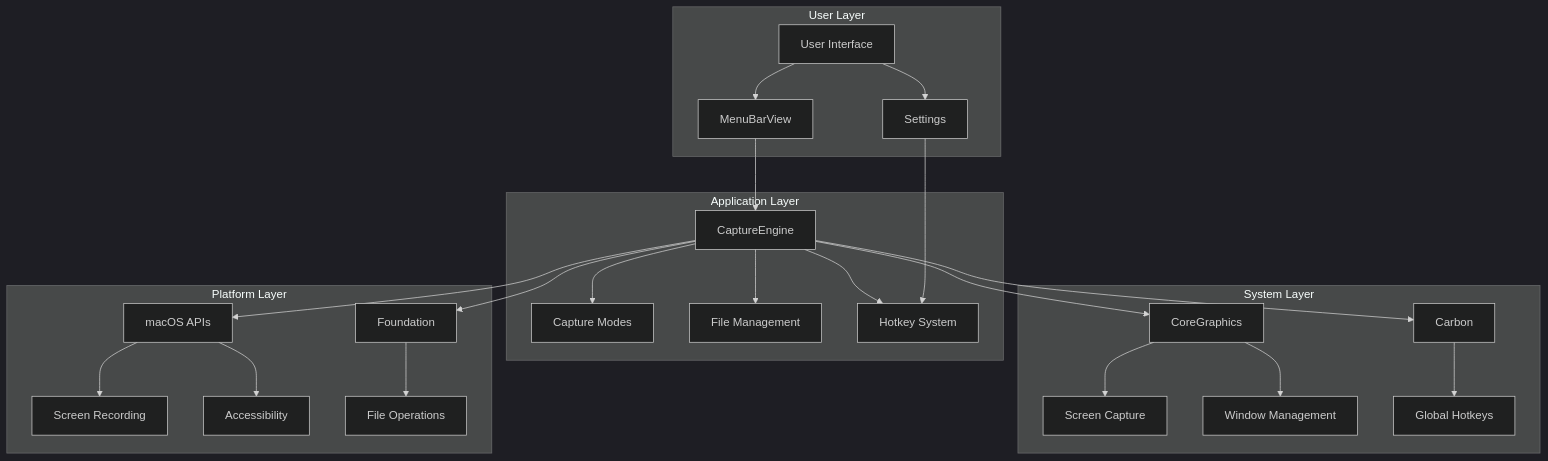
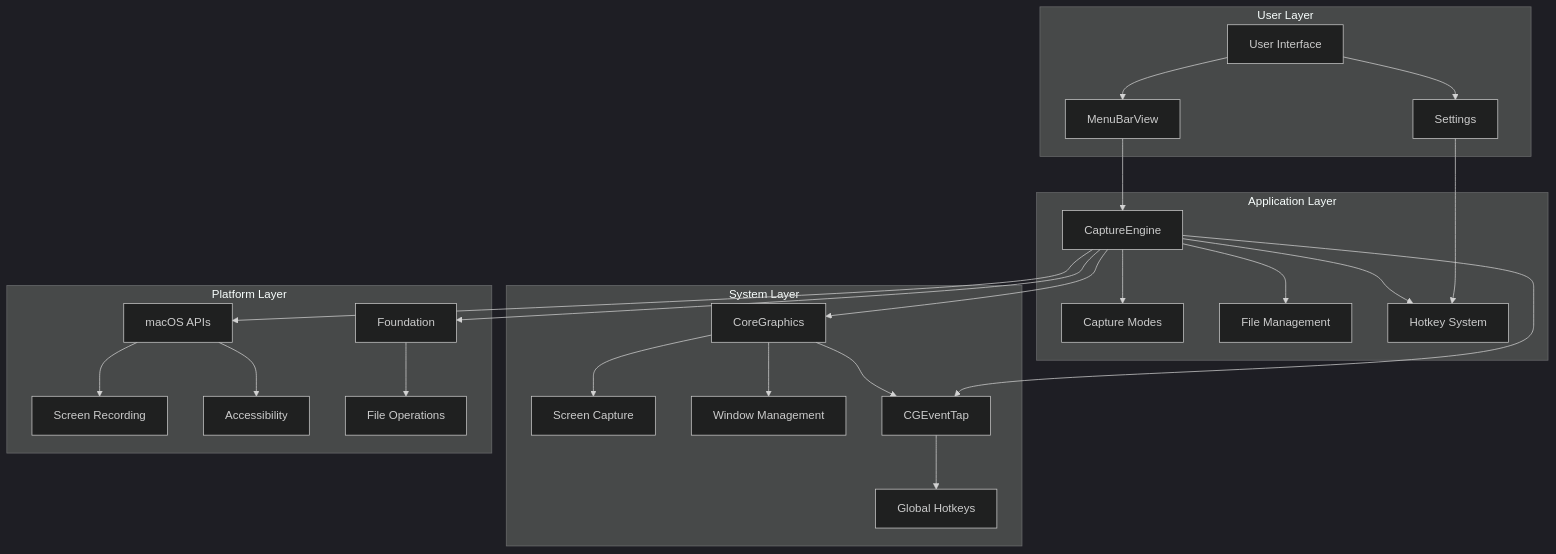
One commit to quangndc/macshot changed the first of 4 diagrams in docs/system-architecture.md. Above: the diagram before and after it, drawn with Mermaid (dark theme). The commit also changed other lines of this file and 65 other files, not shown here.

````diff
--- a/docs/system-architecture.md
+++ b/docs/system-architecture.md
@@ -9,32 +9,32 @@
 ```mermaid
 graph TB
     subgraph User Layer
         A[User Interface] --> B[MenuBarView]
         A --> C[Settings]
     end
 
     subgraph Application Layer
         D[CaptureEngine] --> E[Capture Modes]
         D --> F[File Management]
         D --> G[Hotkey System]
     end
 
     subgraph System Layer
         H[CoreGraphics] --> I[Screen Capture]
         H --> J[Window Management]
-        K[Carbon] --> L[Global Hotkeys]
+        H --> K[CGEventTap] --> L[Global Hotkeys]
     end
 
     subgraph Platform Layer
         M[macOS APIs] --> N[Screen Recording]
         M --> O[Accessibility]
         P[Foundation] --> Q[File Operations]
     end
 
     B --> D
     C --> G
     D --> H
     D --> K
     D --> M
     D --> P
 ```
````
